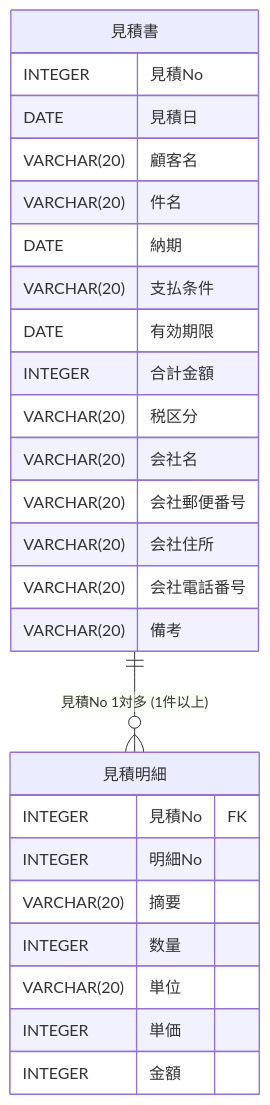
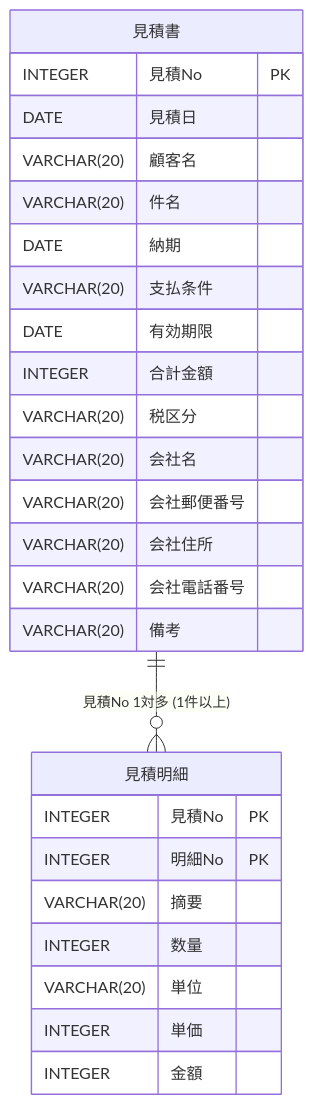
One commit to KimiyukiYamauchi/db1 changed the ninth of 9 diagrams in text.sample/chap12.md. Above: the diagram before and after it, drawn with Mermaid. The commit also changed other lines of this file, not shown here.

Commit message:
キーの追加(E-R図)

````diff
--- a/text.sample/chap12.md
+++ b/text.sample/chap12.md
@@ -339,33 +339,33 @@
 ```mermaid
 erDiagram
     見積書 {
-        INTEGER 見積No
+        INTEGER 見積No PK
         DATE 見積日
         VARCHAR(20) 顧客名
         VARCHAR(20) 件名
         DATE 納期
         VARCHAR(20) 支払条件
         DATE 有効期限
         INTEGER 合計金額
         VARCHAR(20) 税区分
         VARCHAR(20) 会社名
         VARCHAR(20) 会社郵便番号
         VARCHAR(20) 会社住所
         VARCHAR(20) 会社電話番号
         VARCHAR(20) 備考
     }
 
     見積明細 {
-        INTEGER 見積No FK
-        INTEGER 明細No
+        INTEGER 見積No PK
+        INTEGER 明細No PK
         VARCHAR(20) 摘要
         INTEGER 数量
         VARCHAR(20) 単位
         INTEGER 単価
         INTEGER 金額
     }
 
     見積書 ||--o{ 見積明細 : "見積No 1対多 (1件以上)"
 
 
 ```
````
